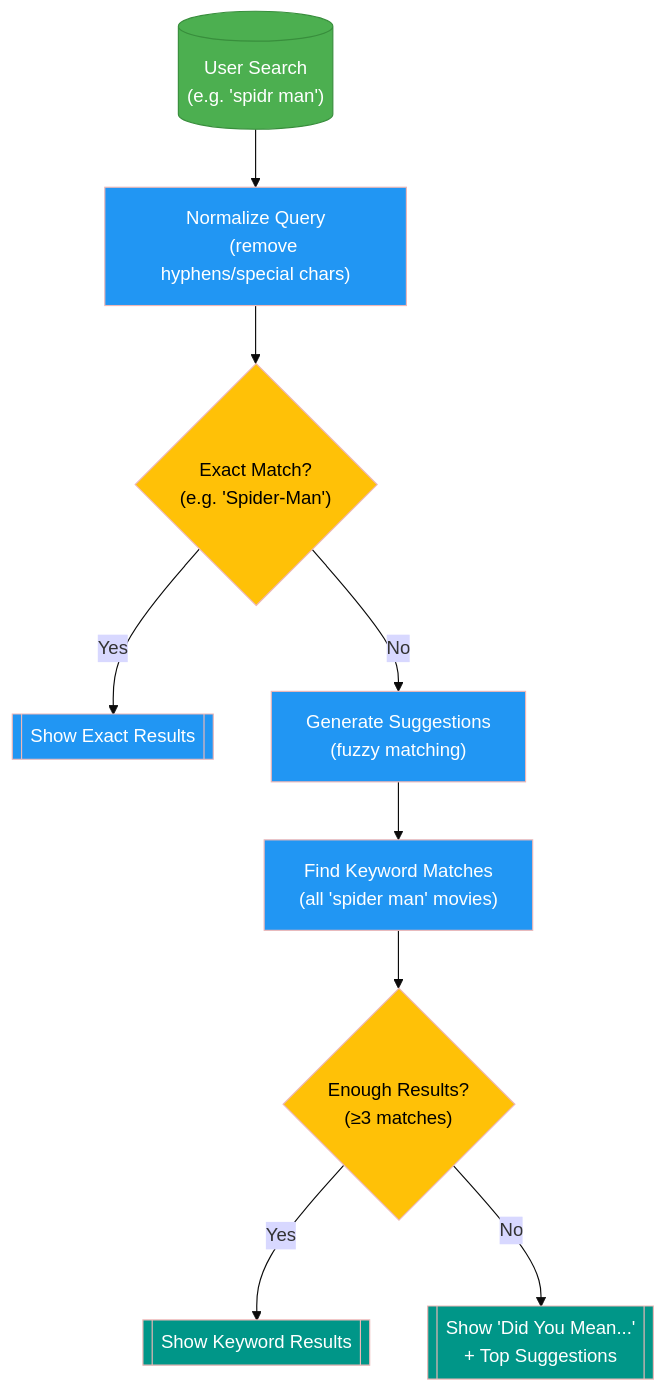
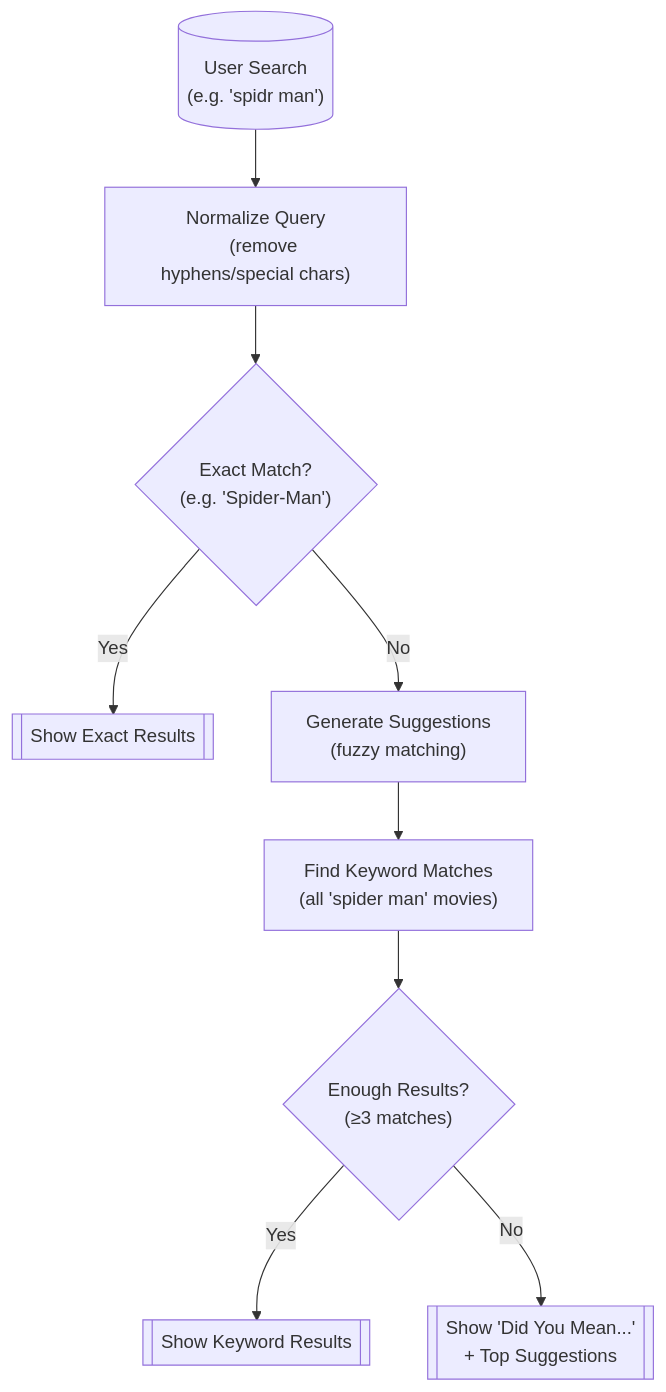
Before and after one commit to tshihab07/Movie-Recommendation-System: the first of 2 diagrams in README.md, drawn with Mermaid. The commit also changed other lines of this file, not shown here.

Commit message:
README.md

````diff
--- a/README.md
+++ b/README.md
@@ -39,30 +39,18 @@
 ```mermaid
-%%{init: {'theme': 'base', 'themeVariables': { 'primaryColor': '#ffd8d8'}}}%%
 graph TD
     A[("User Search 
     (e.g. 'spidr man')")] --> B["Normalize Query
     (remove hyphens/special chars)"]
     B --> C{"Exact Match?
     (e.g. 'Spider-Man')"}
     C -->|Yes| D[["Show Exact Results"]]
     C -->|No| E["Generate Suggestions
     (fuzzy matching)"]
     E --> F["Find Keyword Matches
     (all 'spider man' movies)"]
     F --> G{"Enough Results?
     (≥3 matches)"}
     G -->|Yes| H[["Show Keyword Results"]]
     G -->|No| I[["Show 'Did You Mean...' 
     + Top Suggestions"]]
-    
-    %% Styling
-    classDef user fill:#4CAF50,color:white,stroke:#388E3C;
-    classDef process fill:#2196F3,color:white;
-    classDef decision fill:#FFC107,color:black;
-    classDef result fill:#009688,color:white;
-    
-    class A user;
-    class B,D,E,F process;
-    class C,G decision;
-    class H,I result;
 ```
````
